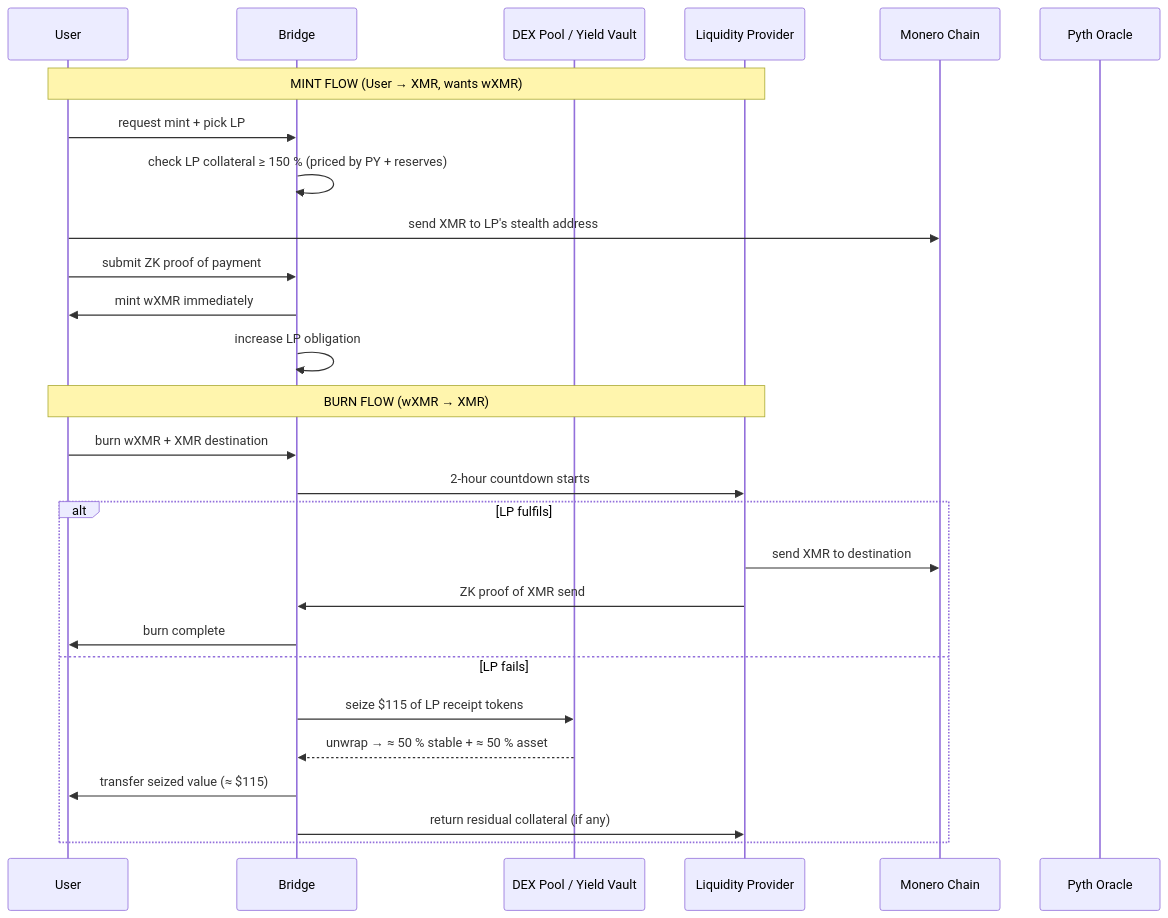
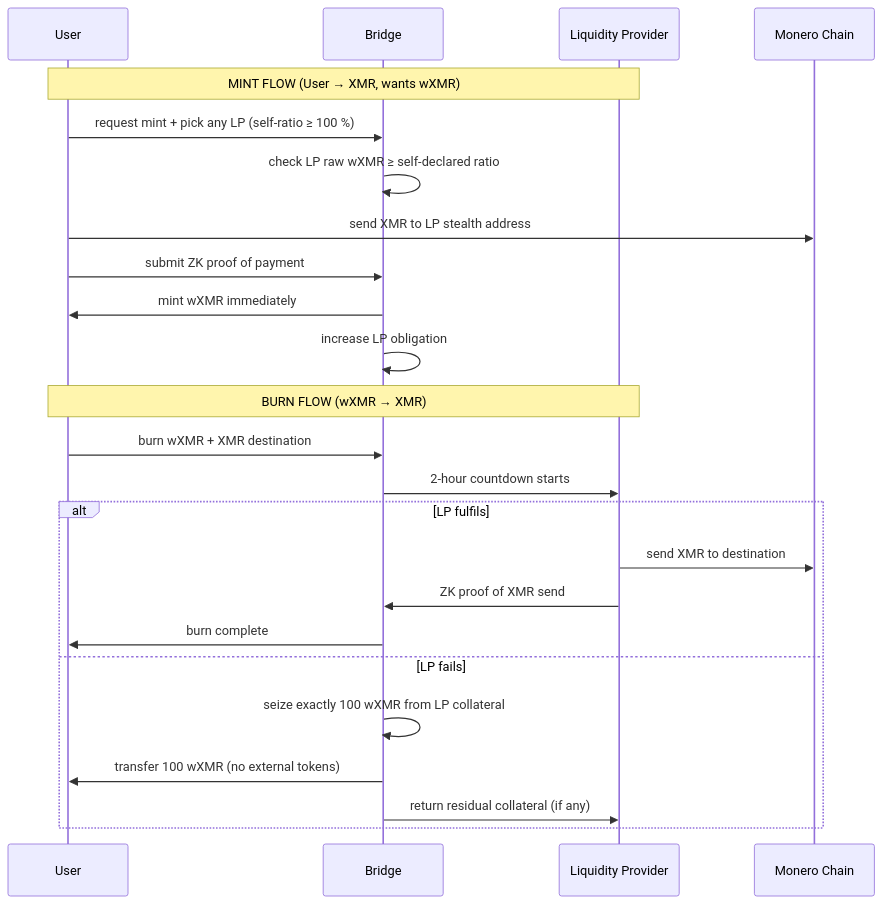
The diagram in SYNTHWRAP.md (madschristensen99/fungerbil), drawn with Mermaid before and after one commit. The commit also changed other lines of this file, not shown here.

````diff
--- a/SYNTHWRAP.md
+++ b/SYNTHWRAP.md
@@ -117,31 +55,28 @@
 ```mermaid
 sequenceDiagram
   participant U as User
   participant B as Bridge
-  participant P as DEX Pool / Yield Vault
   participant L as Liquidity Provider
   participant X as Monero Chain
-  participant PY as Pyth Oracle
 
   Note over U,L: MINT FLOW (User → XMR, wants wXMR)
-  U->>B: request mint + pick LP
-  B->>B: check LP collateral ≥ 150 % (priced by PY + reserves)
-  U->>X: send XMR to LP's stealth address
+  U->>B: request mint + pick any LP (self-ratio ≥ 100 %)
+  B->>B: check LP raw wXMR ≥ self-declared ratio
+  U->>X: send XMR to LP stealth address
   U->>B: submit ZK proof of payment
   B->>U: mint wXMR immediately
   B->>B: increase LP obligation
 
   Note over U,L: BURN FLOW (wXMR → XMR)
   U->>B: burn wXMR + XMR destination
   B->>L: 2-hour countdown starts
   alt LP fulfils
     L->>X: send XMR to destination
     L->>B: ZK proof of XMR send
     B->>U: burn complete
   else LP fails
-    B->>P: seize $115 of LP receipt tokens
-    P-->>B: unwrap → ≈ 50 % stable + ≈ 50 % asset
-    B->>U: transfer seized value (≈ $115)
+    B->>B: seize exactly 100 wXMR from LP collateral
+    B->>U: transfer 100 wXMR (no external tokens)
     B->>L: return residual collateral (if any)
   end
 ```
````
